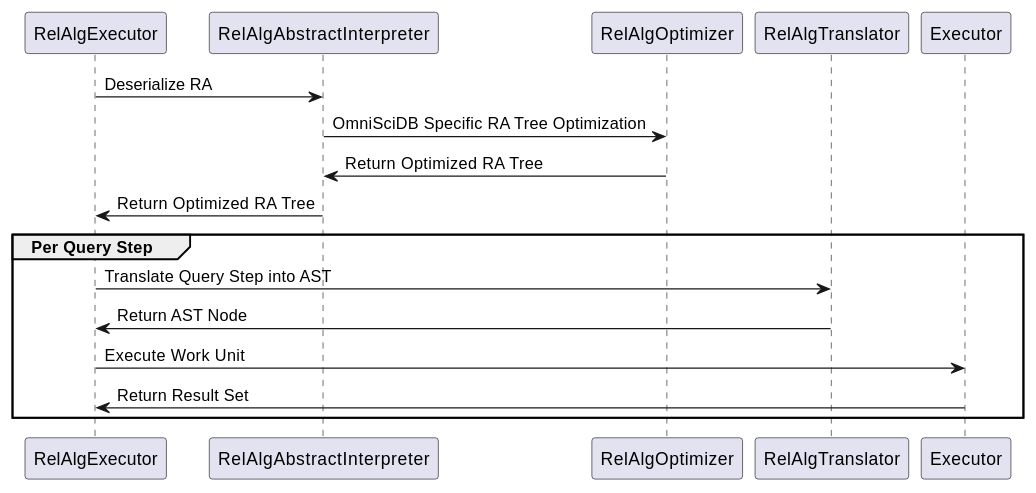
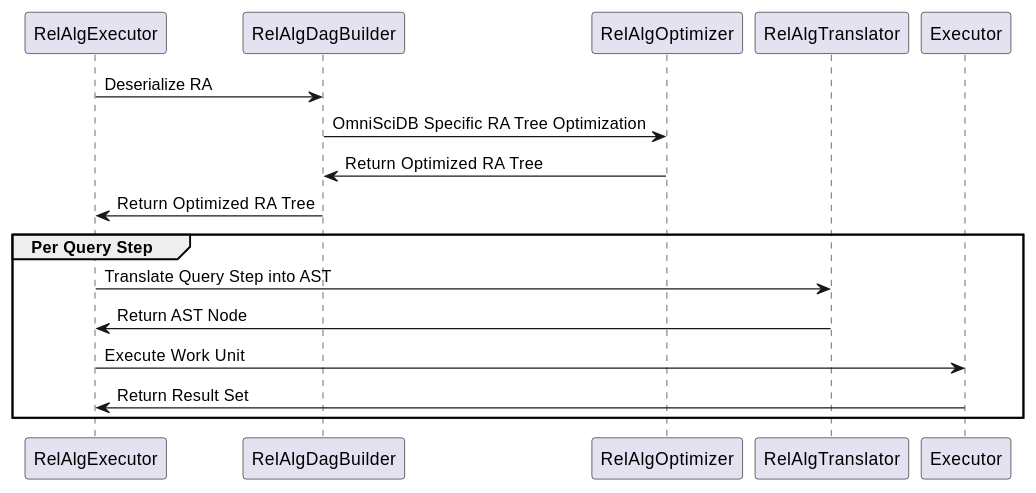
The second of 2 diagrams in docs/source/execution/overview.rst (heavyai/heavydb), drawn with PlantUML before and after one commit. The commit also changed other lines of this file and 14 other files, not shown here.

First line of the commit message:
Decouple RelAlgExecutor/RelAlgAbstractInterpreter

```diff
--- a/docs/source/execution/overview.rst
+++ b/docs/source/execution/overview.rst
@@ -49,25 +49,25 @@
 .. uml::
     :align: center
 
     @startuml
-    RelAlgExecutor -> RelAlgAbstractInterpreter: Deserialize RA 
+    RelAlgExecutor -> RelAlgDagBuilder: Deserialize RA 
 
-    RelAlgAbstractInterpreter -> RelAlgOptimizer: OmniSciDB Specific RA Tree Optimization
+    RelAlgDagBuilder -> RelAlgOptimizer: OmniSciDB Specific RA Tree Optimization
 
-    RelAlgOptimizer -> RelAlgAbstractInterpreter: Return Optimized RA Tree
+    RelAlgOptimizer -> RelAlgDagBuilder: Return Optimized RA Tree
 
-    RelAlgAbstractInterpreter -> RelAlgExecutor: Return Optimized RA Tree
+    RelAlgDagBuilder -> RelAlgExecutor: Return Optimized RA Tree
 
     group Per Query Step
 
     RelAlgExecutor -> RelAlgTranslator: Translate Query Step into AST
 
     RelAlgTranslator -> RelAlgExecutor: Return AST Node
 
     RelAlgExecutor -> Executor: Execute Work Unit
 
     Executor -> RelAlgExecutor: Return Result Set
 
     end
     
     @enduml
```
